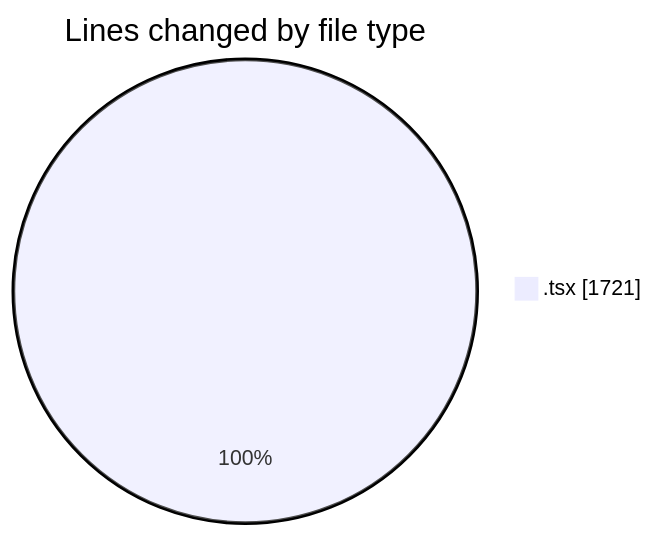
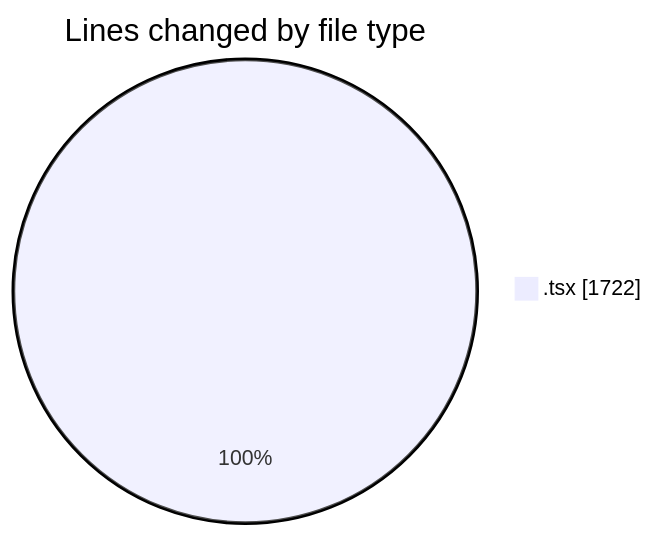
Before and after one commit to nxtqubesakshisongat/code-tracking: the first of 2 diagrams in 2026-07-13/nxtqube_webapp/README.md, drawn with Mermaid. The commit also changed other lines of this file and 1 other file, not shown here.

````diff
--- a/2026-07-13/nxtqube_webapp/README.md
+++ b/2026-07-13/nxtqube_webapp/README.md
@@ -28,5 +28,5 @@
 ```mermaid
 pie showData
 title Lines changed by file type
-".tsx" : 1721
+".tsx" : 1722
 ```
````
